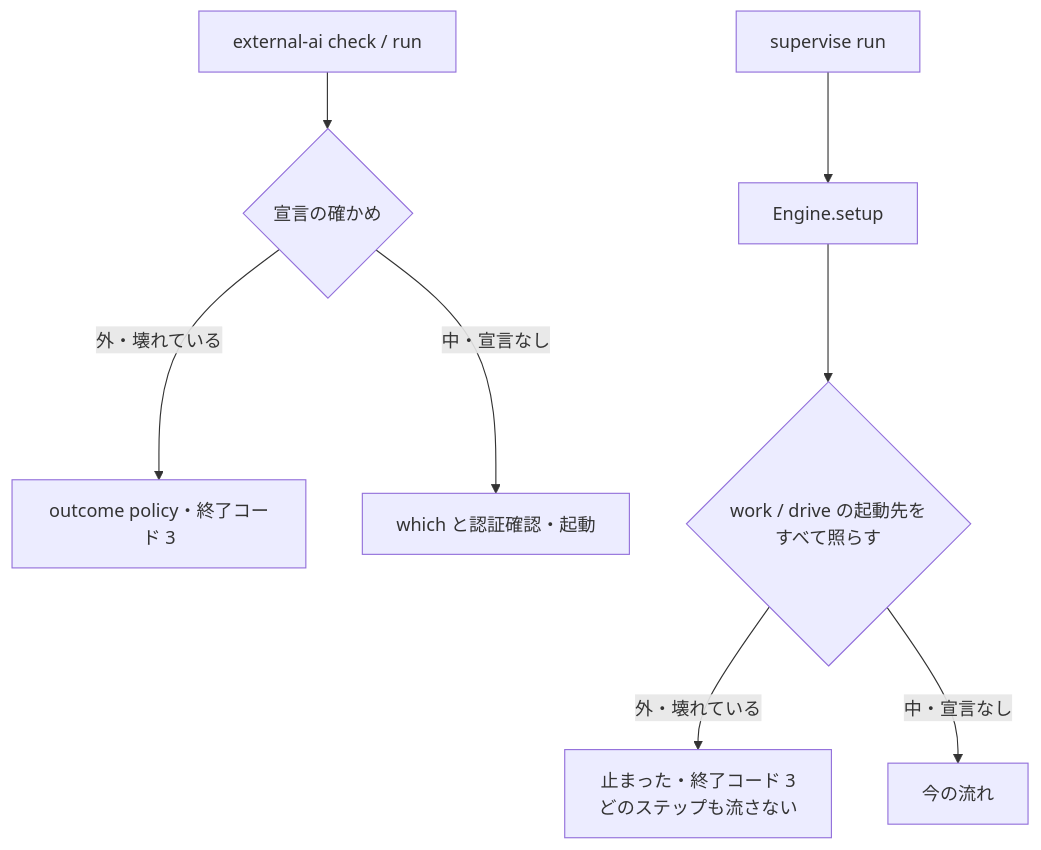
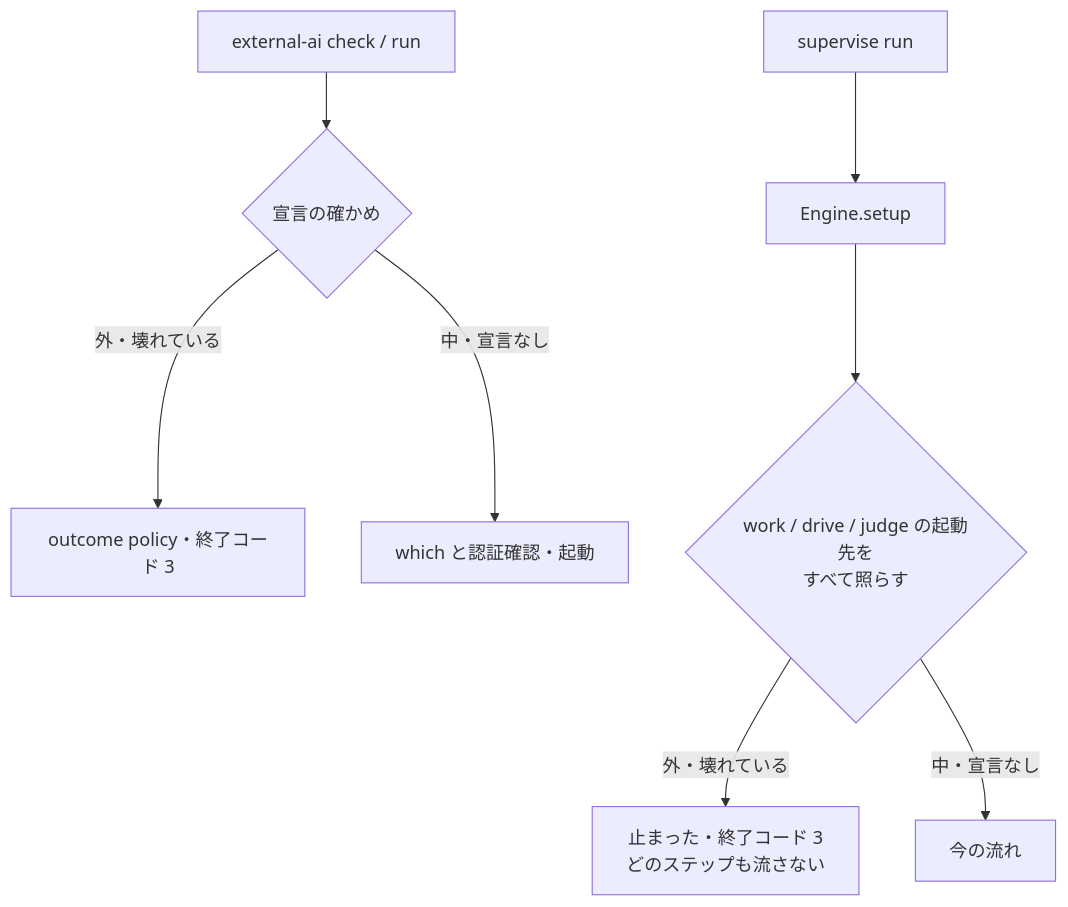
One commit to devbasex/ai-plugins changed the sixth of 6 diagrams in issues/issue-1598-design.md. Above: the diagram before and after it, drawn with Mermaid. The commit also changed other lines of this file and 2 other files, not shown here.

Commit message:
fix(ndf): supervise の照合の範囲を judge のステップまで設計文書に揃える（#1612 round 2）
- 設計文書（issue-1598-design.md）の supervise の行と図を、work / drive / judge の
  起動先を照らす形に直し、ステップを通らない直接起動は PolicyClaudeRunner.call が
  起動の前に止めることを書く
- judge のステップで止まったときの理由を「worker」ではなく「judge（claude で判定する）」と出す
- judge のステップを先に止めるのは、要件のセキュリティ（宣言の外の CLI を 1 度も起動しない）と
  AC9（起動より前に止まる）に沿い、codex の worker を流した後に judge で止まる無駄な起動を避けるため。
  judge のステップはプランが書いたときだけあり、judge の無い codex だけのプランは今のまま流れる

````diff
--- a/issues/issue-1598-design.md
+++ b/issues/issue-1598-design.md
@@ -330,10 +330,10 @@
 ```mermaid
 graph TD
     X[external-ai check / run] --> XP{宣言の確かめ}
     XP -- 外・壊れている --> XS[outcome policy・終了コード 3]
     XP -- 中・宣言なし --> XW[which と認証確認・起動]
     S[supervise run] --> SS[Engine.setup]
-    SS --> SP{work / drive の起動先を<br/>すべて照らす}
+    SS --> SP{work / drive / judge の起動先を<br/>すべて照らす}
     SP -- 外・壊れている --> SR[止まった・終了コード 3<br/>どのステップも流さない]
     SP -- 中・宣言なし --> SF[今の流れ]
 ```
````
